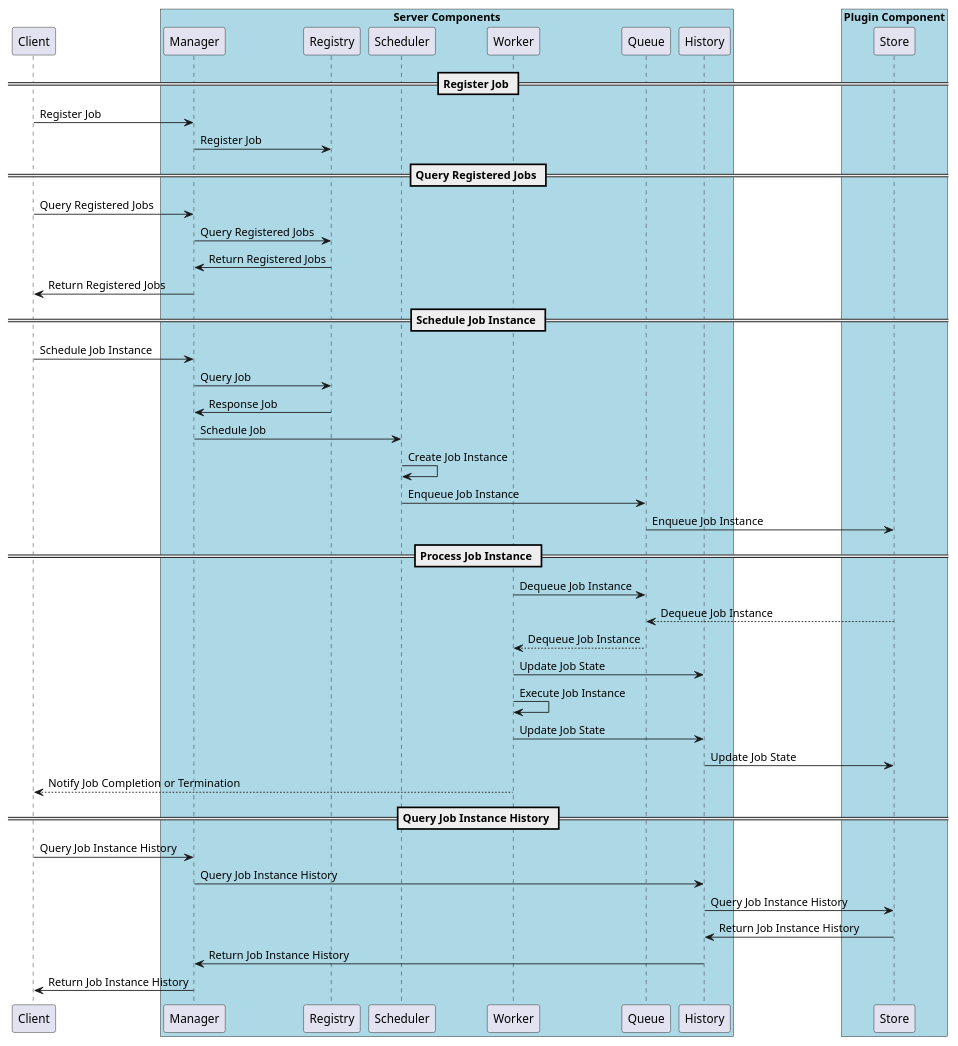
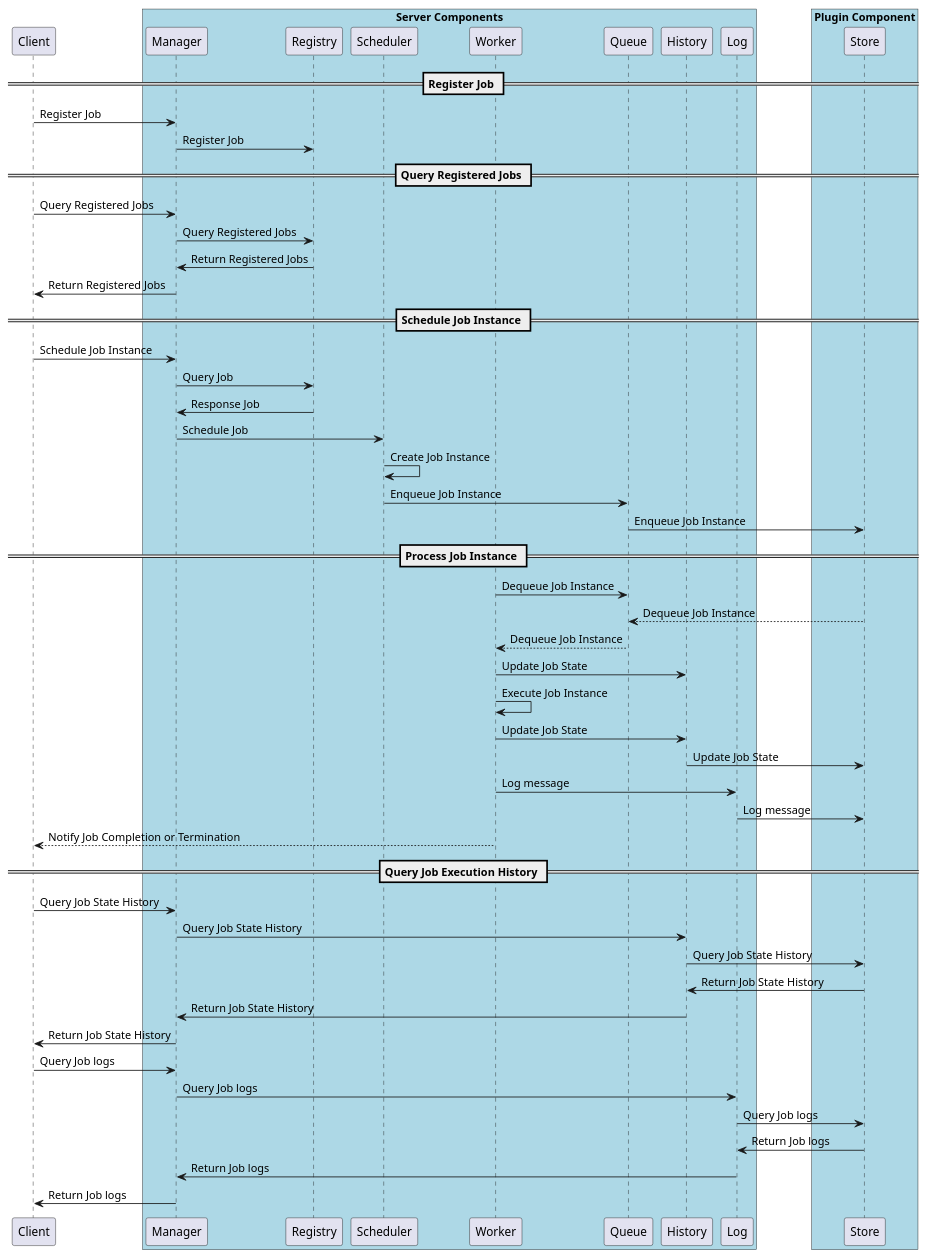
Before and after one commit to cybergarage/go-job: the diagram in doc/img/job-seqdgm.pu, drawn with PlantUML. The commit also changed 1 other file, not shown here.

```diff
--- a/doc/img/job-seqdgm.pu
+++ b/doc/img/job-seqdgm.pu
@@ -1,60 +1,70 @@
 @startuml
 
 participant Client
 
 box "Server Components" #LightBlue
     participant Manager
     participant Registry
     participant Scheduler
     participant Worker
     participant Queue
     participant History
+    participant Log
 end box
 
 box "Plugin Component" #LightBlue
     participant Store
 end box
 
 == Register Job ==
 
 Client -> Manager : Register Job
 Manager -> Registry : Register Job
 
 == Query Registered Jobs ==
 
 Client -> Manager : Query Registered Jobs
 Manager -> Registry : Query Registered Jobs
 Registry -> Manager : Return Registered Jobs
 Manager -> Client : Return Registered Jobs
 
 == Schedule Job Instance ==
 
 Client -> Manager : Schedule Job Instance
 Manager -> Registry : Query Job
 Registry -> Manager : Response Job
 Manager -> Scheduler : Schedule Job
 Scheduler -> Scheduler : Create Job Instance
 Scheduler -> Queue : Enqueue Job Instance
 Queue -> Store : Enqueue Job Instance
 
 == Process Job Instance ==
 
 Worker -> Queue : Dequeue Job Instance
 Store --> Queue : Dequeue Job Instance
 Queue --> Worker : Dequeue Job Instance
 Worker -> History : Update Job State
 Worker -> Worker : Execute Job Instance
 Worker -> History : Update Job State
 History -> Store : Update Job State
+Worker -> Log : Log message
+Log -> Store : Log message
 Worker --> Client : Notify Job Completion or Termination
 
-== Query Job Instance History ==
+== Query Job Execution History ==
 
-Client -> Manager : Query Job Instance History
-Manager -> History : Query Job Instance History
-History -> Store : Query Job Instance History
-Store -> History : Return Job Instance History
-History -> Manager : Return Job Instance History
-Manager -> Client : Return Job Instance History
+Client -> Manager : Query Job State History
+Manager -> History : Query Job State History
+History -> Store : Query Job State History
+Store -> History : Return Job State History
+History -> Manager : Return Job State History
+Manager -> Client : Return Job State History
+
+Client -> Manager : Query Job logs
+Manager -> Log : Query Job logs
+Log -> Store : Query Job logs
+Store -> Log : Return Job logs
+Log -> Manager : Return Job logs
+Manager -> Client : Return Job logs
 
 @enduml
```
